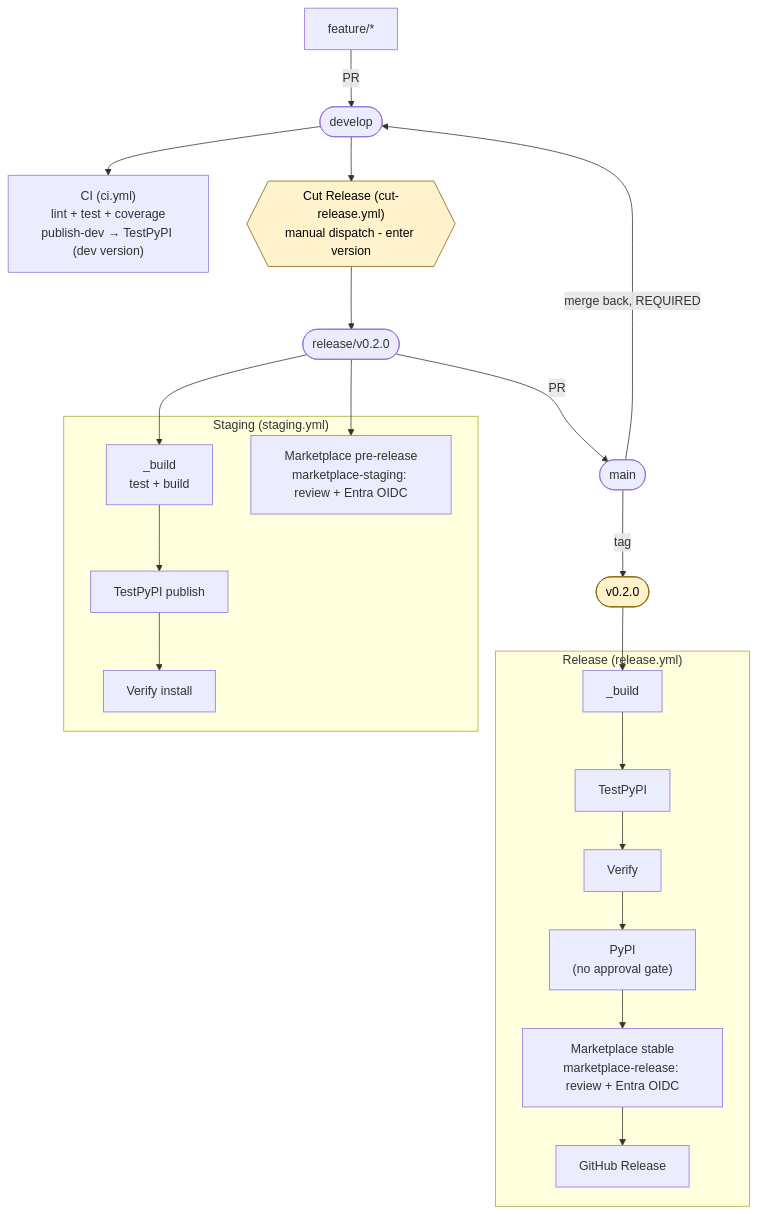
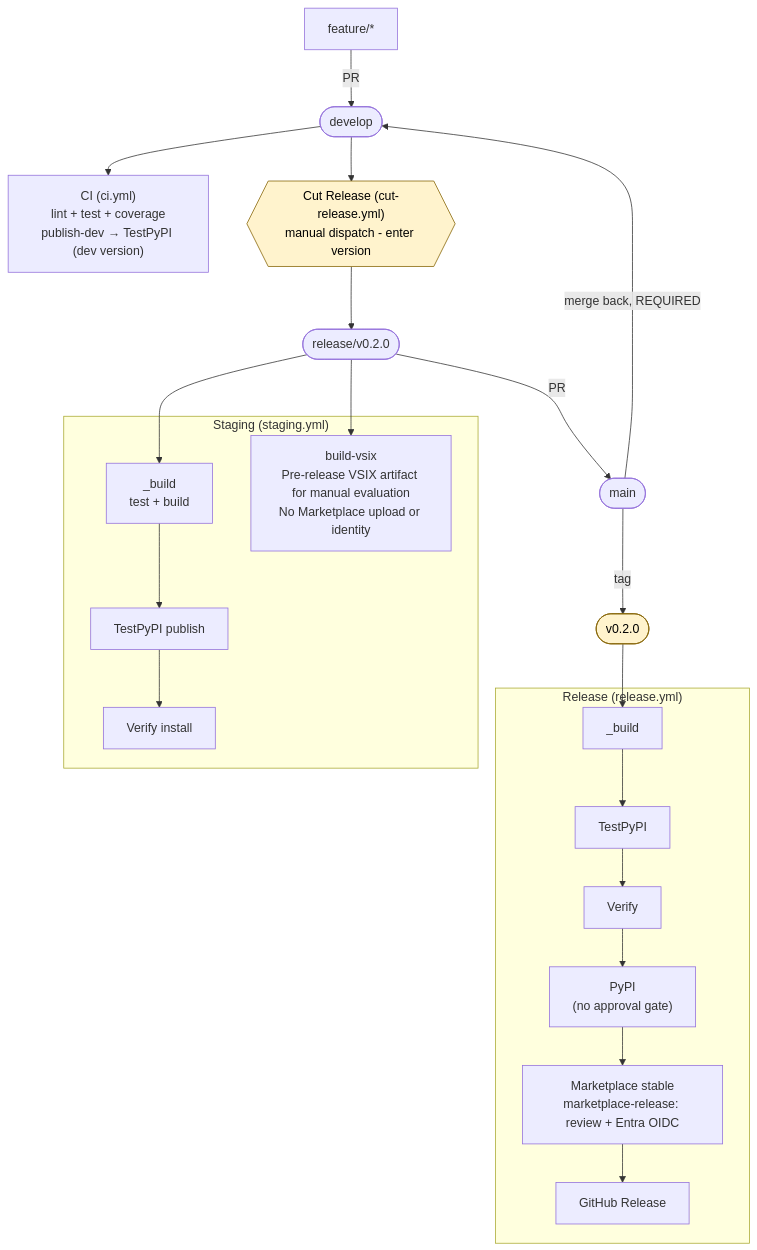
Before and after one commit to Azure/agentops: the third of 3 diagrams in docs/release-process.md, drawn with Mermaid. The commit also changed other lines of this file and 1 other file, not shown here.

First line of the commit message:
docs: describe stable-only Marketplace release flow

````diff
--- a/docs/release-process.md
+++ b/docs/release-process.md
@@ -1085,43 +1146,43 @@
 ```mermaid
 flowchart TD
     feat["feature/*"] -->|PR| develop(["develop"])
     develop --> ci["CI (ci.yml)<br/>lint + test + coverage<br/>publish-dev → TestPyPI (dev version)"]
     develop --> cut{{"Cut Release (cut-release.yml)<br/>manual dispatch - enter version"}}
     cut --> rel(["release/v0.2.0"])
 
     rel --> stagingBuild["_build<br/>test + build"]
     stagingBuild --> stagingTest["TestPyPI publish"]
     stagingTest --> stagingVerify["Verify install"]
-    rel --> stagingVsix["Marketplace pre-release<br/>marketplace-staging: review + Entra OIDC"]
+    rel --> stagingVsix["build-vsix<br/>Pre-release VSIX artifact for manual evaluation<br/>No Marketplace upload or identity"]
 
     rel -->|PR| main(["main"])
     main -->|tag| tag(["v0.2.0"])
 
     tag --> relBuild["_build"]
     relBuild --> relTest["TestPyPI"]
     relTest --> relVerify["Verify"]
     relVerify --> relPypi["PyPI<br/>(no approval gate)"]
     relPypi --> relVsix["Marketplace stable<br/>marketplace-release: review + Entra OIDC"]
     relVsix --> relGh["GitHub Release"]
 
     main -->|merge back, REQUIRED| develop
 
     subgraph Staging["Staging (staging.yml)"]
         stagingBuild
         stagingTest
         stagingVerify
         stagingVsix
     end
 
     subgraph Release["Release (release.yml)"]
         relBuild
         relTest
         relVerify
         relPypi
         relVsix
         relGh
     end
 
     classDef gate fill:#fff3cd,stroke:#856404,color:#000;
     class cut,tag gate;
 ```
````
